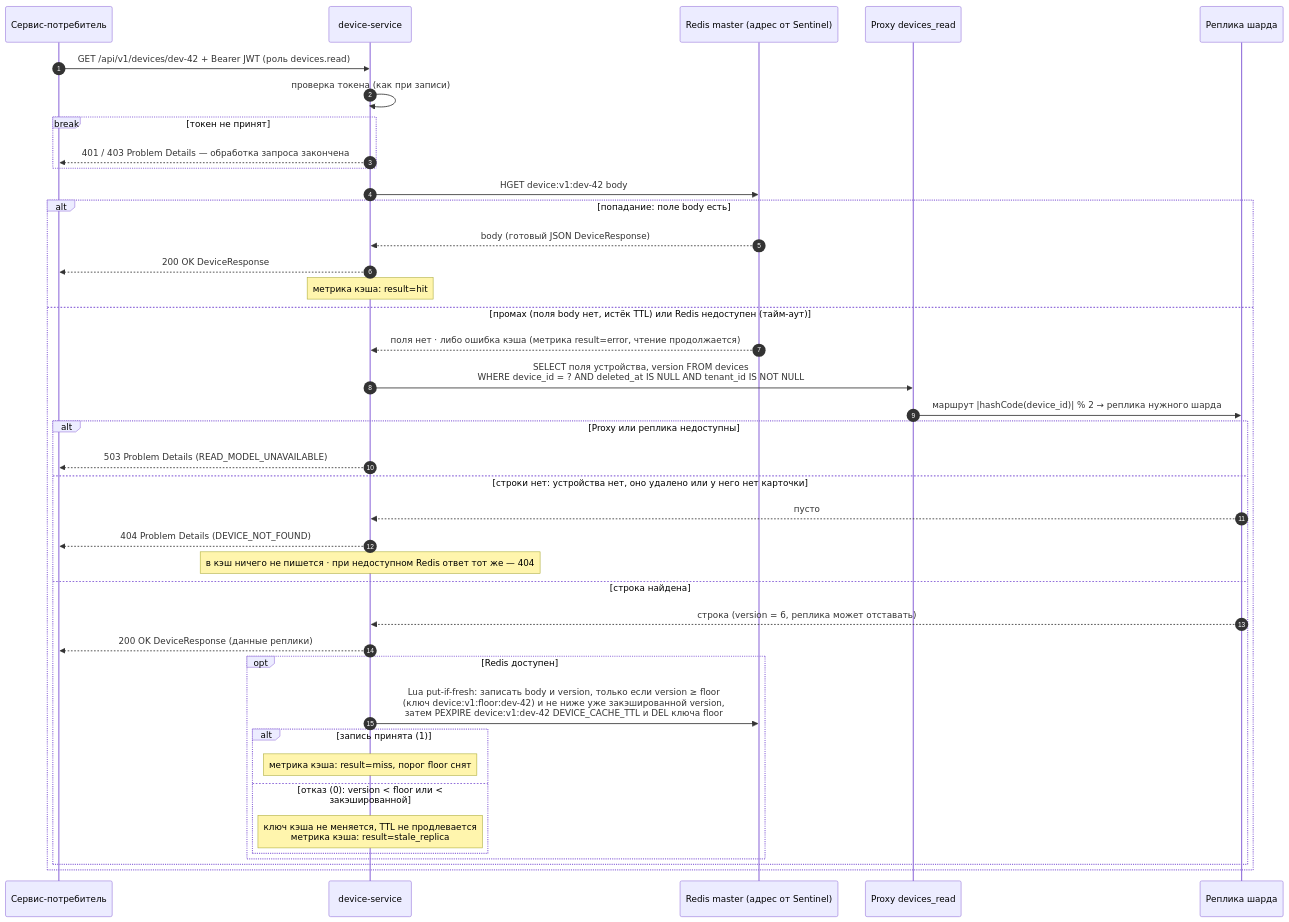
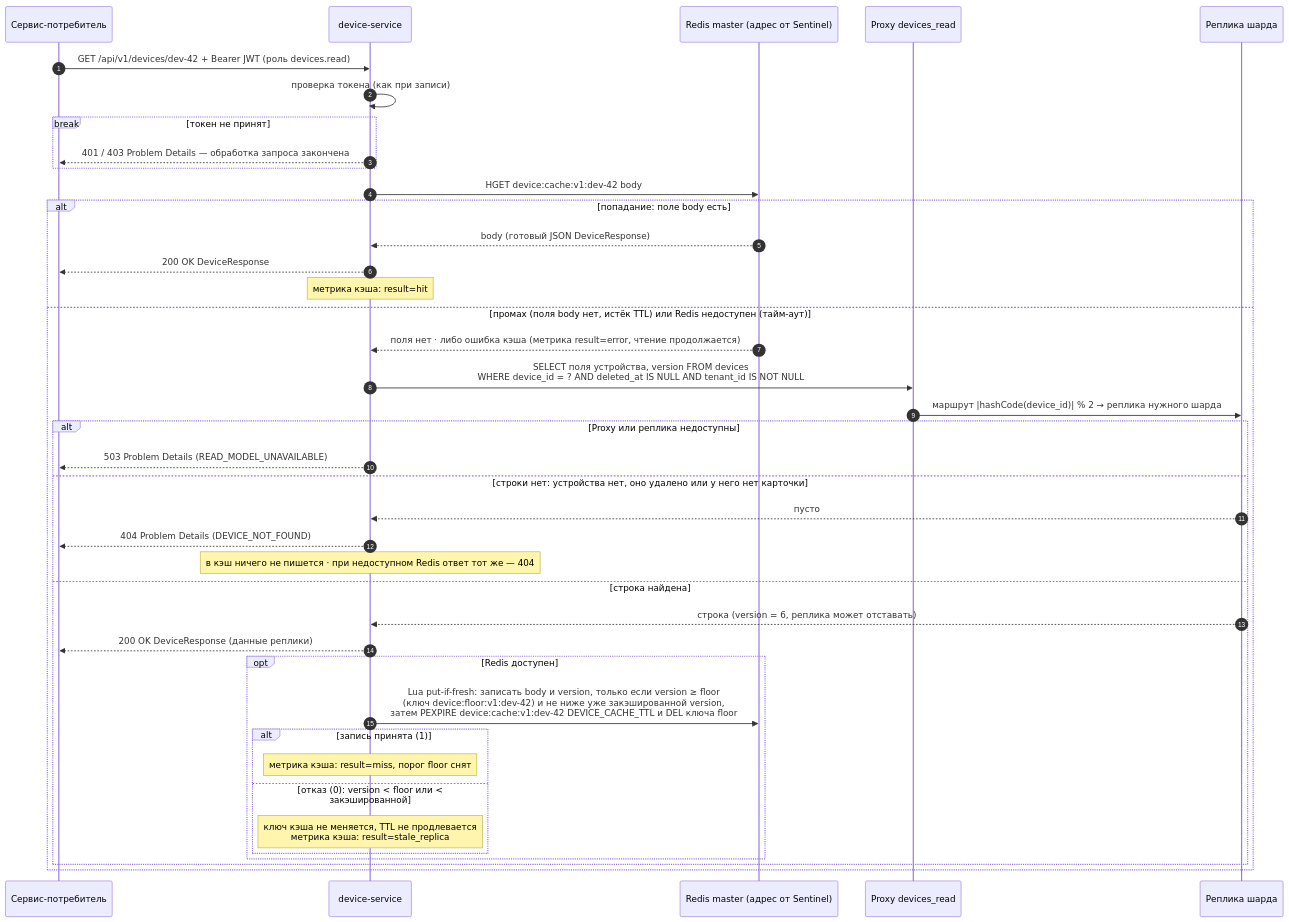
Before and after one commit to gluhov-d/iot-platform: the diagram in diagrams/ds-read-sequence.mmd, drawn with Mermaid. The commit also changed 51 other files, not shown here.

```diff
--- a/diagrams/ds-read-sequence.mmd
+++ b/diagrams/ds-read-sequence.mmd
@@ -1,43 +1,43 @@
 %% device-service: чтение устройства по паттерну Cache-Aside.
 %% Промах кэша и недоступный Redis идут одним путём; исходы взаимоисключающие: 200, 404 или 503
 sequenceDiagram
     autonumber
     participant C as Сервис-потребитель
     participant DS as device-service
     participant RD as Redis master (адрес от Sentinel)
     participant P as Proxy devices_read
     participant R as Реплика шарда
 
     C->>DS: GET /api/v1/devices/dev-42 + Bearer JWT (роль devices.read)
     DS->>DS: проверка токена (как при записи)
     break токен не принят
         DS-->>C: 401 / 403 Problem Details — обработка запроса закончена
     end
-    DS->>RD: HGET device:v1:dev-42 body
+    DS->>RD: HGET device:cache:v1:dev-42 body
     alt попадание: поле body есть
         RD-->>DS: body (готовый JSON DeviceResponse)
         DS-->>C: 200 OK DeviceResponse
         Note over DS: метрика кэша: result=hit
     else промах (поля body нет, истёк TTL) или Redis недоступен (тайм-аут)
         RD-->>DS: поля нет · либо ошибка кэша (метрика result=error, чтение продолжается)
         DS->>P: SELECT поля устройства, version FROM devices<br/>WHERE device_id = ? AND deleted_at IS NULL AND tenant_id IS NOT NULL
         P->>R: маршрут |hashCode(device_id)| % 2 → реплика нужного шарда
         alt Proxy или реплика недоступны
             DS-->>C: 503 Problem Details (READ_MODEL_UNAVAILABLE)
         else строки нет: устройства нет, оно удалено или у него нет карточки
             R-->>DS: пусто
             DS-->>C: 404 Problem Details (DEVICE_NOT_FOUND)
             Note over DS: в кэш ничего не пишется · при недоступном Redis ответ тот же — 404
         else строка найдена
             R-->>DS: строка (version = 6, реплика может отставать)
             DS-->>C: 200 OK DeviceResponse (данные реплики)
             opt Redis доступен
-                DS->>RD: Lua put-if-fresh: записать body и version, только если version ≥ floor<br/>(ключ device:v1:floor:dev-42) и не ниже уже закэшированной version,<br/>затем PEXPIRE device:v1:dev-42 DEVICE_CACHE_TTL и DEL ключа floor
+                DS->>RD: Lua put-if-fresh: записать body и version, только если version ≥ floor<br/>(ключ device:floor:v1:dev-42) и не ниже уже закэшированной version,<br/>затем PEXPIRE device:cache:v1:dev-42 DEVICE_CACHE_TTL и DEL ключа floor
                 alt запись принята (1)
                     Note over DS: метрика кэша: result=miss, порог floor снят
                 else отказ (0): version < floor или < закэшированной
                     Note over DS: ключ кэша не меняется, TTL не продлевается<br/>метрика кэша: result=stale_replica
                 end
             end
         end
     end
```
